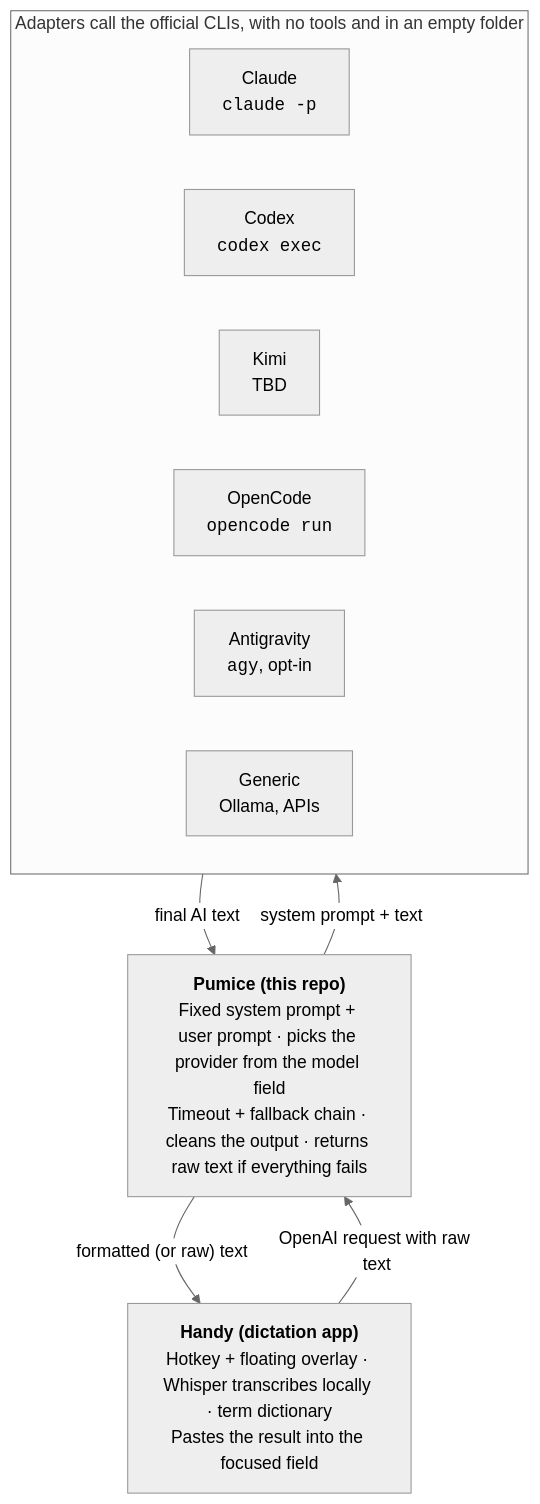
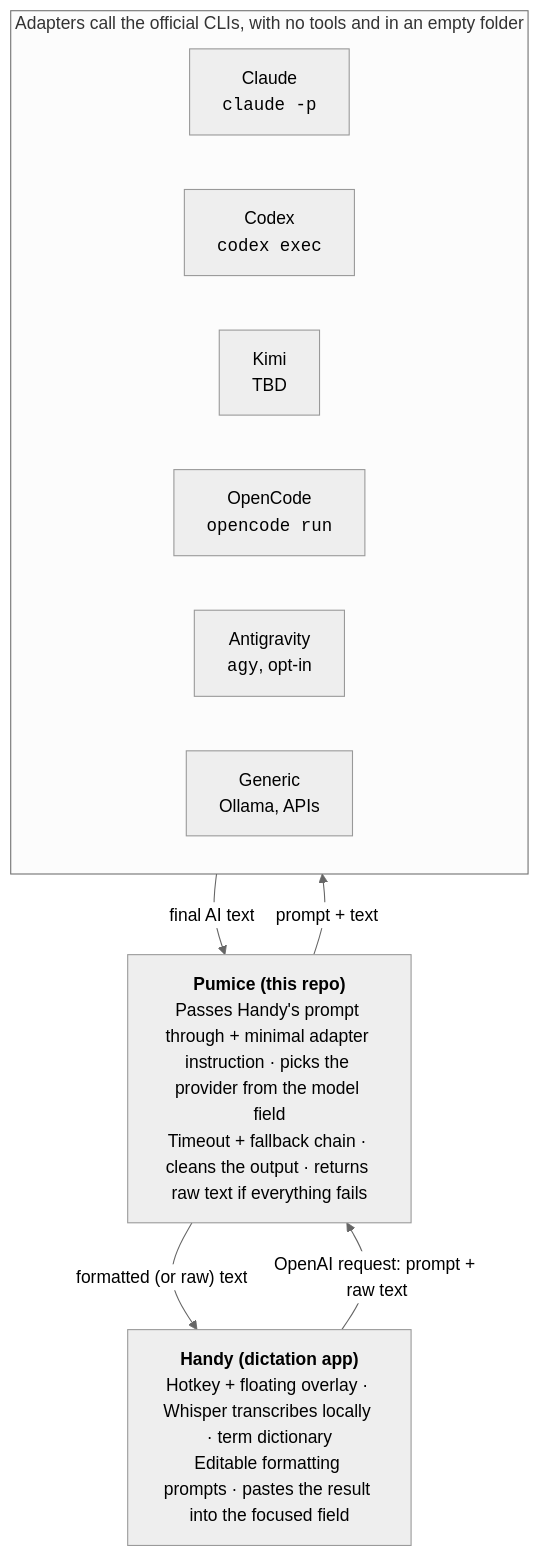
The first of 2 diagrams in docs/spec.md (brasillero/pumice), drawn with Mermaid (neutral theme) before and after one commit. The commit also changed other lines of this file and 2 other files, not shown here.

First line of the commit message:
docs: move formatting prompts to Handy, make Pumice prompts optional

````diff
--- a/docs/spec.md
+++ b/docs/spec.md
@@ -74,18 +74,18 @@
 ```mermaid
 flowchart TB
-    H["<b>Handy (dictation app)</b><br/>Hotkey + floating overlay · Whisper transcribes locally · term dictionary<br/>Pastes the result into the focused field"]
-    P["<b>Pumice (this repo)</b><br/>Fixed system prompt + user prompt · picks the provider from the model field<br/>Timeout + fallback chain · cleans the output · returns raw text if everything fails"]
+    H["<b>Handy (dictation app)</b><br/>Hotkey + floating overlay · Whisper transcribes locally · term dictionary<br/>Editable formatting prompts · pastes the result into the focused field"]
+    P["<b>Pumice (this repo)</b><br/>Passes Handy's prompt through + minimal adapter instruction · picks the provider from the model field<br/>Timeout + fallback chain · cleans the output · returns raw text if everything fails"]
     subgraph A["Adapters call the official CLIs, with no tools and in an empty folder"]
         direction LR
         C["Claude<br/><code>claude -p</code>"]
         X["Codex<br/><code>codex exec</code>"]
         K["Kimi<br/>TBD"]
         O["OpenCode<br/><code>opencode run</code>"]
         G["Antigravity<br/><code>agy</code>, opt-in"]
         N["Generic<br/>Ollama, APIs"]
     end
-    H -- "OpenAI request with raw text" --> P
+    H -- "OpenAI request: prompt + raw text" --> P
     P -- "formatted (or raw) text" --> H
-    P -- "system prompt + text" --> A
+    P -- "prompt + text" --> A
     A -- "final AI text" --> P
 ```
````
